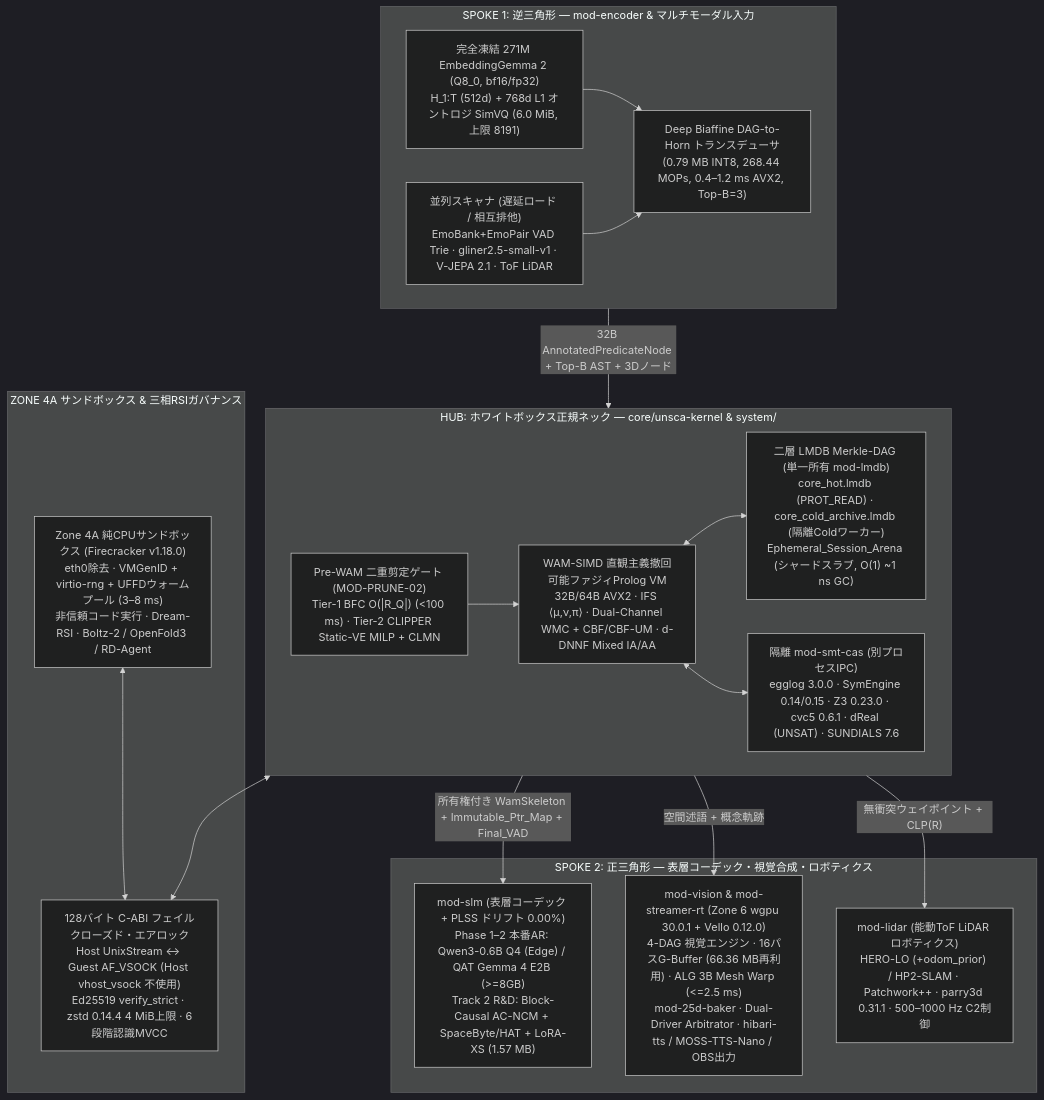
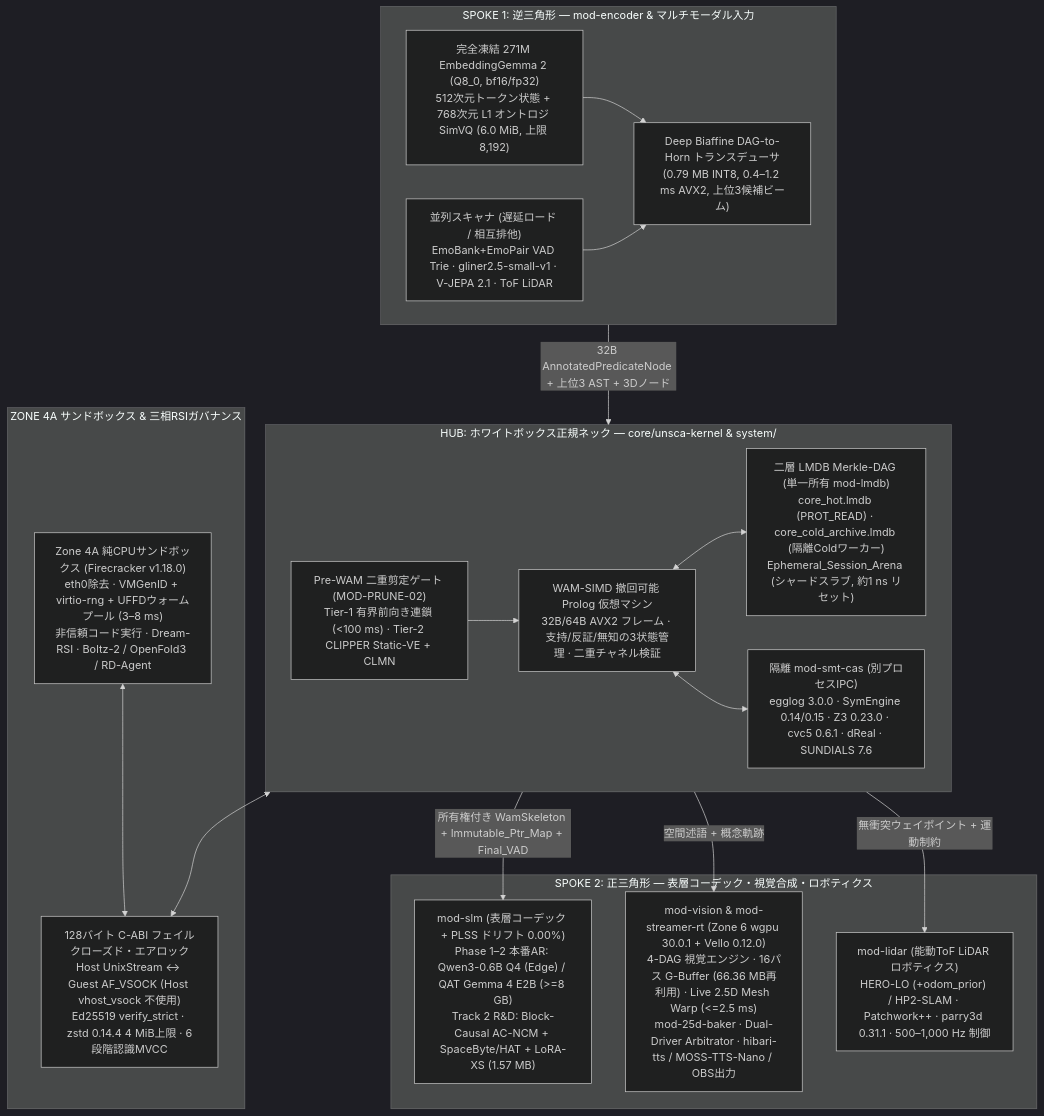
One commit to vuhoangquanhoctap-glitch/Takuma-1-Trinity changed the fifth of 16 diagrams in README.md. Above: the diagram before and after it, drawn with Mermaid (dark theme). The commit also changed other lines of this file, not shown here.

````diff
--- a/README.md
+++ b/README.md
@@ -401,38 +404,38 @@
 ```mermaid
 flowchart TB
     subgraph S1["SPOKE 1: 逆三角形 — mod-encoder & マルチモーダル入力"]
-        ENC["完全凍結 271M EmbeddingGemma 2 (Q8_0, bf16/fp32)<br/>H_1:T (512d) + 768d L1 オントロジ SimVQ (6.0 MiB, 上限 8191)"]
-        BIA["Deep Biaffine DAG-to-Horn トランスデューサ<br/>(0.79 MB INT8, 268.44 MOPs, 0.4–1.2 ms AVX2, Top-B=3)"]
+        ENC["完全凍結 271M EmbeddingGemma 2 (Q8_0, bf16/fp32)<br/>512次元トークン状態 + 768次元 L1 オントロジ SimVQ (6.0 MiB, 上限 8,192)"]
+        BIA["Deep Biaffine DAG-to-Horn トランスデューサ<br/>(0.79 MB INT8, 0.4–1.2 ms AVX2, 上位3候補ビーム)"]
         SCN["並列スキャナ (遅延ロード / 相互排他)<br/>EmoBank+EmoPair VAD Trie · gliner2.5-small-v1 · V-JEPA 2.1 · ToF LiDAR"]
         ENC --> BIA
         SCN --> BIA
     end
 
     subgraph HUB["HUB: ホワイトボックス正規ネック — core/unsca-kernel & system/"]
-        PRUNE["Pre-WAM 二重剪定ゲート (MOD-PRUNE-02)<br/>Tier-1 BFC O(|R_Q|) (<100 ms) · Tier-2 CLIPPER Static-VE MILP + CLMN"]
-        WAM["WAM-SIMD 直観主義撤回可能ファジィProlog VM<br/>32B/64B AVX2 · IFS ⟨μ,ν,π⟩ · Dual-Channel WMC + CBF/CBF-UM · d-DNNF Mixed IA/AA"]
-        MEM["二層 LMDB Merkle-DAG (単一所有 mod-lmdb)<br/>core_hot.lmdb (PROT_READ) · core_cold_archive.lmdb (隔離Coldワーカー)<br/>Ephemeral_Session_Arena (シャードスラブ, O(1) ~1 ns GC)"]
-        SMT["隔離 mod-smt-cas (別プロセスIPC)<br/>egglog 3.0.0 · SymEngine 0.14/0.15 · Z3 0.23.0 · cvc5 0.6.1 · dReal (UNSAT) · SUNDIALS 7.6"]
+        PRUNE["Pre-WAM 二重剪定ゲート (MOD-PRUNE-02)<br/>Tier-1 有界前向き連鎖 (<100 ms) · Tier-2 CLIPPER Static-VE + CLMN"]
+        WAM["WAM-SIMD 撤回可能 Prolog 仮想マシン<br/>32B/64B AVX2 フレーム · 支持/反証/無知の3状態管理 · 二重チャネル検証"]
+        MEM["二層 LMDB Merkle-DAG (単一所有 mod-lmdb)<br/>core_hot.lmdb (PROT_READ) · core_cold_archive.lmdb (隔離Coldワーカー)<br/>Ephemeral_Session_Arena (シャードスラブ, 約1 ns リセット)"]
+        SMT["隔離 mod-smt-cas (別プロセスIPC)<br/>egglog 3.0.0 · SymEngine 0.14/0.15 · Z3 0.23.0 · cvc5 0.6.1 · dReal · SUNDIALS 7.6"]
         PRUNE --> WAM
         WAM <--> MEM
         WAM <--> SMT
     end
 
     subgraph S2["SPOKE 2: 正三角形 — 表層コーデック・視覚合成・ロボティクス"]
-        SLM["mod-slm (表層コーデック + PLSS ドリフト 0.00%)<br/>Phase 1–2 本番AR: Qwen3-0.6B Q4 (Edge) / QAT Gemma 4 E2B (>=8GB)<br/>Track 2 R&D: Block-Causal AC-NCM + SpaceByte/HAT + LoRA-XS (1.57 MB)"]
-        VIS["mod-vision & mod-streamer-rt (Zone 6 wgpu 30.0.1 + Vello 0.12.0)<br/>4-DAG 視覚エンジン · 16パスG-Buffer (66.36 MB再利用) · ALG 3B Mesh Warp (<=2.5 ms)<br/>mod-25d-baker · Dual-Driver Arbitrator · hibari-tts / MOSS-TTS-Nano / OBS出力"]
-        ROB["mod-lidar (能動ToF LiDAR ロボティクス)<br/>HERO-LO (+odom_prior) / HP2-SLAM · Patchwork++ · parry3d 0.31.1 · 500–1000 Hz C2制御"]
+        SLM["mod-slm (表層コーデック + PLSS ドリフト 0.00%)<br/>Phase 1–2 本番AR: Qwen3-0.6B Q4 (Edge) / QAT Gemma 4 E2B (>=8 GB)<br/>Track 2 R&D: Block-Causal AC-NCM + SpaceByte/HAT + LoRA-XS (1.57 MB)"]
+        VIS["mod-vision & mod-streamer-rt (Zone 6 wgpu 30.0.1 + Vello 0.12.0)<br/>4-DAG 視覚エンジン · 16パス G-Buffer (66.36 MB再利用) · Live 2.5D Mesh Warp (<=2.5 ms)<br/>mod-25d-baker · Dual-Driver Arbitrator · hibari-tts / MOSS-TTS-Nano / OBS出力"]
+        ROB["mod-lidar (能動ToF LiDAR ロボティクス)<br/>HERO-LO (+odom_prior) / HP2-SLAM · Patchwork++ · parry3d 0.31.1 · 500–1,000 Hz 制御"]
     end
 
     subgraph SEC["ZONE 4A サンドボックス & 三相RSIガバナンス"]
         Z4A["Zone 4A 純CPUサンドボックス (Firecracker v1.18.0)<br/>eth0除去 · VMGenID + virtio-rng + UFFDウォームプール (3–8 ms)<br/>非信頼コード実行 · Dream-RSI · Boltz-2 / OpenFold3 / RD-Agent"]
-        AIR["128バイト C-ABI フェイルクローズド・エアロック<br/>Host UnixStream ↔ Guest AF_VSOCK (Host vhost_vsock 不使用)<br/>Ed25519 verify_strict · zstd 0.14.4 4 MiB上限 · 6段階認識MVCC"]
+        AIR["128バイト C-ABI フェイルクローズド・エアロック<br/>Host UnixStream <-> Guest AF_VSOCK (Host vhost_vsock 不使用)<br/>Ed25519 verify_strict · zstd 0.14.4 4 MiB上限 · 6段階認識MVCC"]
         Z4A <--> AIR
     end
 
-    S1 -- "32B AnnotatedPredicateNode + Top-B AST + 3Dノード" --> HUB
+    S1 -- "32B AnnotatedPredicateNode + 上位3 AST + 3Dノード" --> HUB
     HUB -- "所有権付き WamSkeleton + Immutable_Ptr_Map + Final_VAD" --> SLM
     HUB -- "空間述語 + 概念軌跡" --> VIS
-    HUB -- "無衝突ウェイポイント + CLP(R)" --> ROB
+    HUB -- "無衝突ウェイポイント + 運動制約" --> ROB
     HUB <--> AIR
 ```
````
